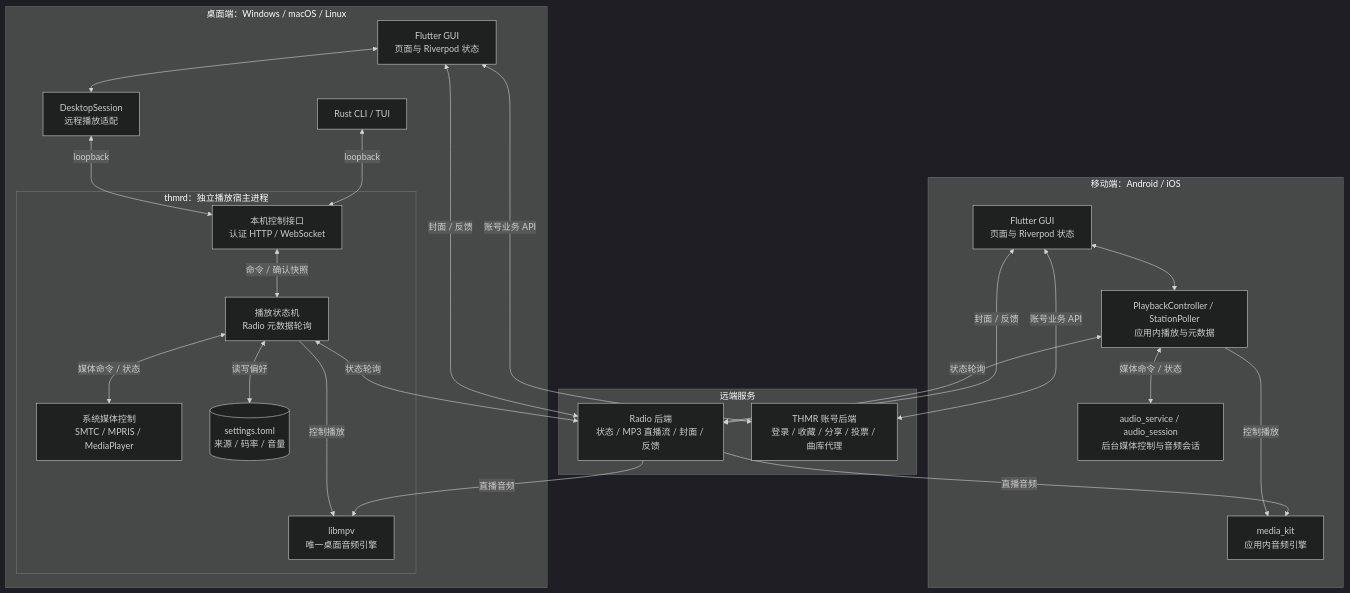
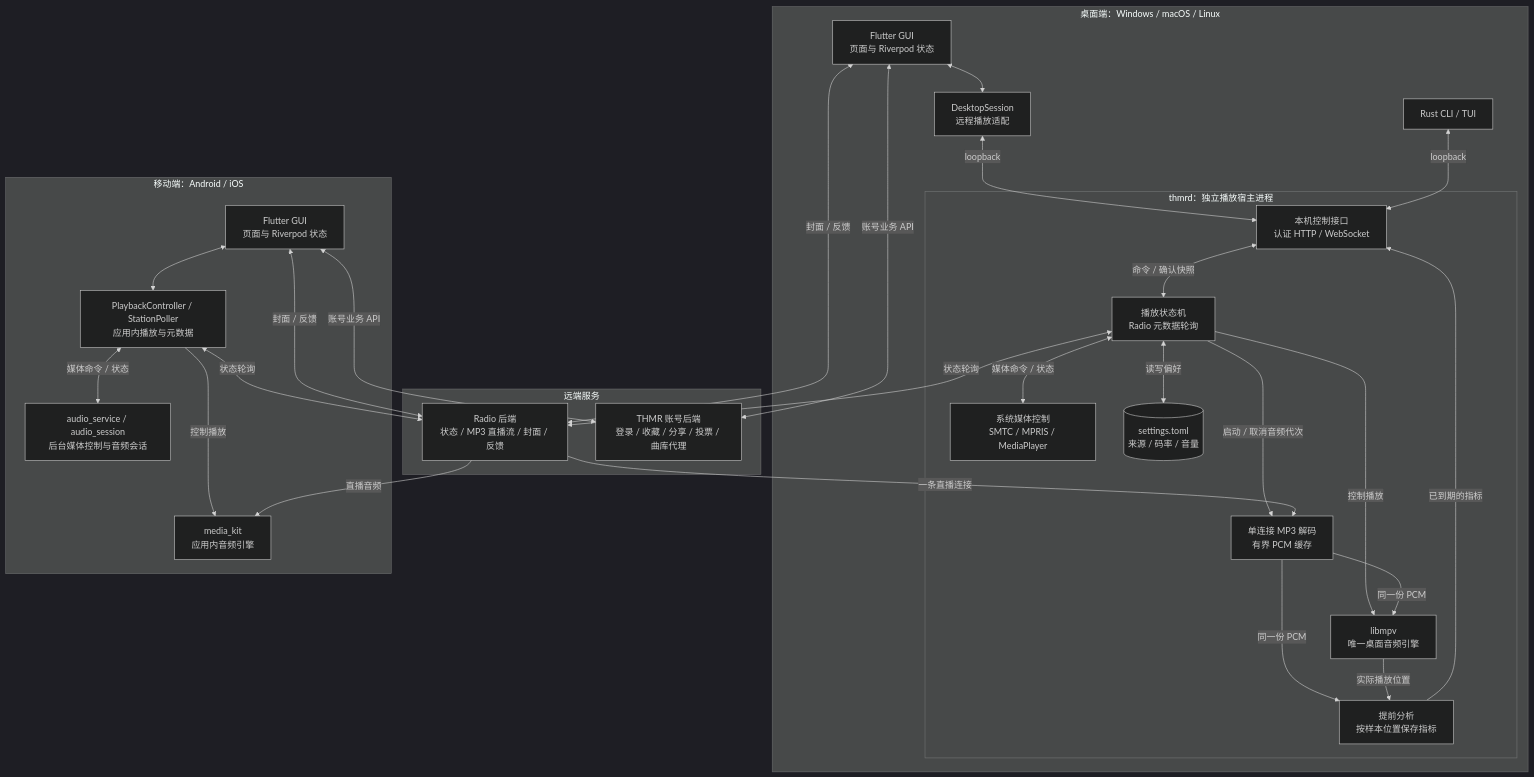
One commit to AoralsFout/thmr-app changed the diagram in docs/DEVELOPMENT.md. Above: the diagram before and after it, drawn with Mermaid (dark theme). The commit also changed other lines of this file and 40 other files, not shown here.

````diff
--- a/docs/DEVELOPMENT.md
+++ b/docs/DEVELOPMENT.md
@@ -7,48 +7,55 @@
 ```mermaid
 flowchart TB
     subgraph desktop["桌面端：Windows / macOS / Linux"]
         gui["Flutter GUI<br/>页面与 Riverpod 状态"]
         adapter["DesktopSession<br/>远程播放适配"]
         terminal["Rust CLI / TUI"]
 
         subgraph daemon["thmrd：独立播放宿主进程"]
             ipc["本机控制接口<br/>认证 HTTP / WebSocket"]
             session["播放状态机<br/>Radio 元数据轮询"]
             mpv["libmpv<br/>唯一桌面音频引擎"]
+            audio["单连接 MP3 解码<br/>有界 PCM 缓存"]
+            features["提前分析<br/>按样本位置保存指标"]
             native["系统媒体控制<br/>SMTC / MPRIS / MediaPlayer"]
             settings[("settings.toml<br/>来源 / 码率 / 音量")]
             ipc <-->|"命令 / 确认快照"| session
             session -->|"控制播放"| mpv
+            session -->|"启动 / 取消音频代次"| audio
+            audio -->|"同一份 PCM"| mpv
+            audio -->|"同一份 PCM"| features
+            mpv -->|"实际播放位置"| features
+            features -->|"已到期的指标"| ipc
             session <-->|"媒体命令 / 状态"| native
             session <-->|"读写偏好"| settings
         end
 
         gui <--> adapter
         adapter <-->|"loopback"| ipc
         terminal <-->|"loopback"| ipc
     end
 
     subgraph mobile["移动端：Android / iOS"]
         mobile_ui["Flutter GUI<br/>页面与 Riverpod 状态"]
         local["PlaybackController / StationPoller<br/>应用内播放与元数据"]
         engine["media_kit<br/>应用内音频引擎"]
         service["audio_service / audio_session<br/>后台媒体控制与音频会话"]
         mobile_ui <--> local
         local -->|"控制播放"| engine
         local <-->|"媒体命令 / 状态"| service
     end
 
     subgraph backend["远端服务"]
         radio["Radio 后端<br/>状态 / MP3 直播流 / 封面 / 反馈"]
         account["THMR 账号后端<br/>登录 / 收藏 / 分享 / 投票 / 曲库代理"]
     end
 
     session <-->|"状态轮询"| radio
-    radio -->|"直播音频"| mpv
+    radio -->|"一条直播连接"| audio
     local <-->|"状态轮询"| radio
     radio -->|"直播音频"| engine
     gui <-->|"封面 / 反馈"| radio
     mobile_ui <-->|"封面 / 反馈"| radio
     gui <-->|"账号业务 API"| account
     mobile_ui <-->|"账号业务 API"| account
 ```
````
